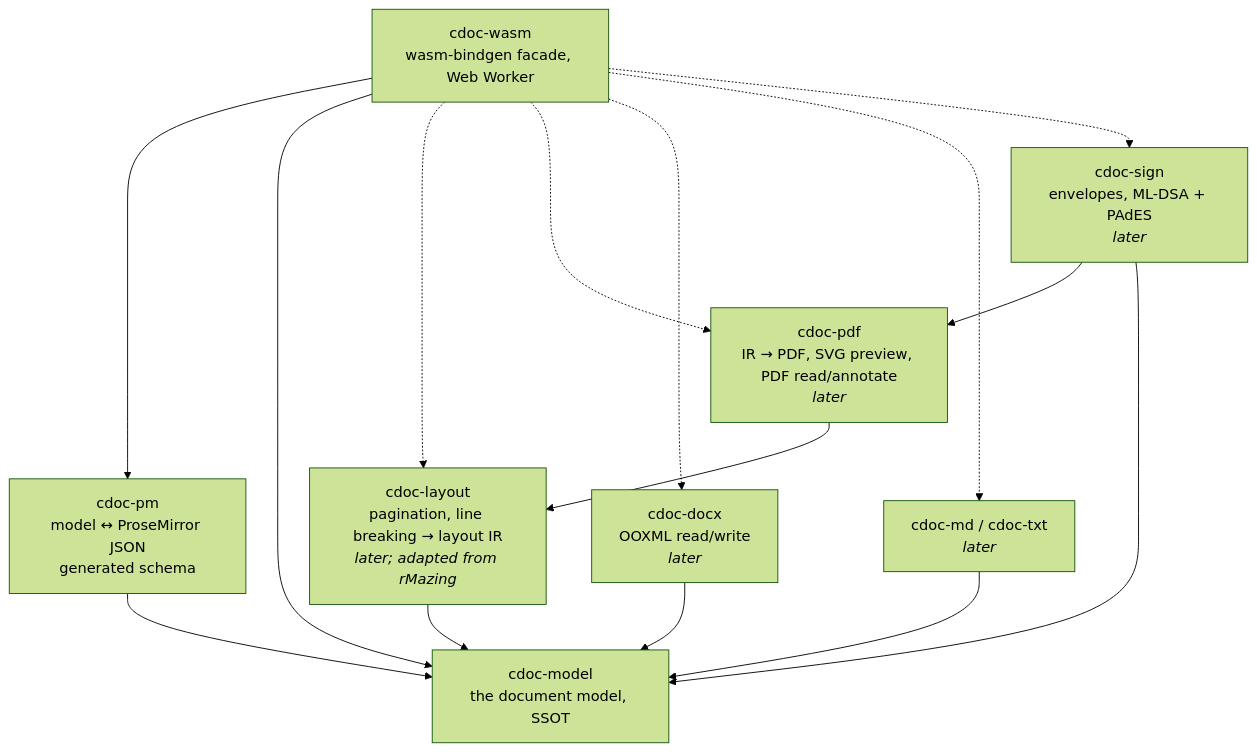
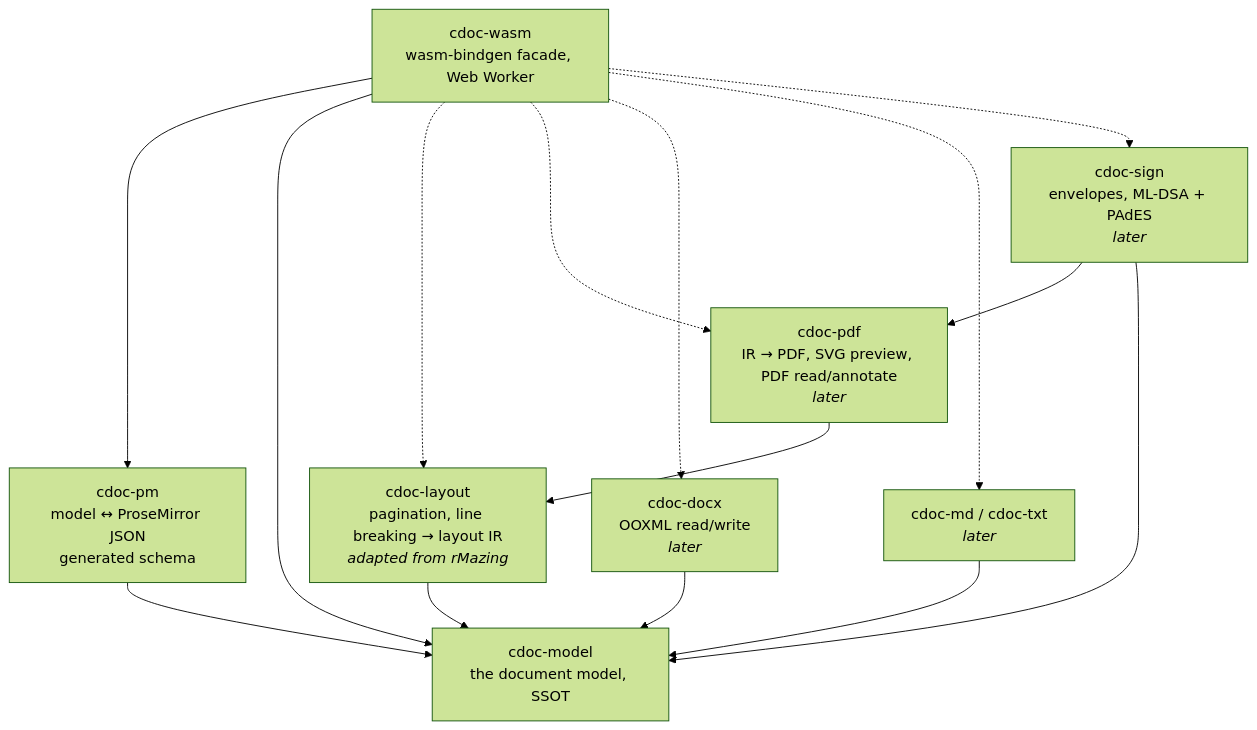
The diagram in ARCHITECTURE.md (Avarok-Cybersecurity/citadel-docs), drawn with Mermaid (forest theme) before and after one commit. The commit also changed other lines of this file and 48 other files, not shown here.

First line of the commit message:
cdoc-layout: paginate the model into a page IR, adapted from rMazing

````diff
--- a/ARCHITECTURE.md
+++ b/ARCHITECTURE.md
@@ -12,26 +12,26 @@
 ```mermaid
 graph TD
     model[cdoc-model<br/>the document model, SSOT]
     pm[cdoc-pm<br/>model ↔ ProseMirror JSON<br/>generated schema]
-    layout[cdoc-layout<br/>pagination, line breaking → layout IR<br/><i>later; adapted from rMazing</i>]
+    layout[cdoc-layout<br/>pagination, line breaking → layout IR<br/><i>adapted from rMazing</i>]
     pdf[cdoc-pdf<br/>IR → PDF, SVG preview, PDF read/annotate<br/><i>later</i>]
     docx[cdoc-docx<br/>OOXML read/write<br/><i>later</i>]
     md[cdoc-md / cdoc-txt<br/><i>later</i>]
     sign[cdoc-sign<br/>envelopes, ML-DSA + PAdES<br/><i>later</i>]
     wasm[cdoc-wasm<br/>wasm-bindgen facade, Web Worker]
 
     pm --> model
     layout --> model
     docx --> model
     md --> model
     pdf --> layout
     sign --> pdf
     sign --> model
     wasm --> pm
     wasm --> model
     wasm -.-> layout
     wasm -.-> pdf
     wasm -.-> docx
     wasm -.-> md
     wasm -.-> sign
 ```
````
